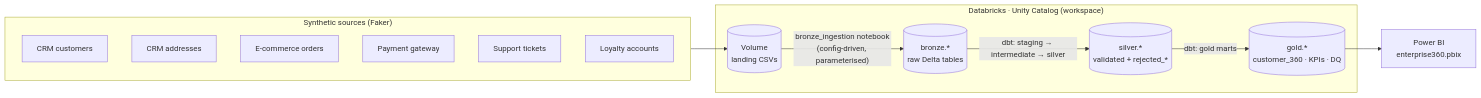
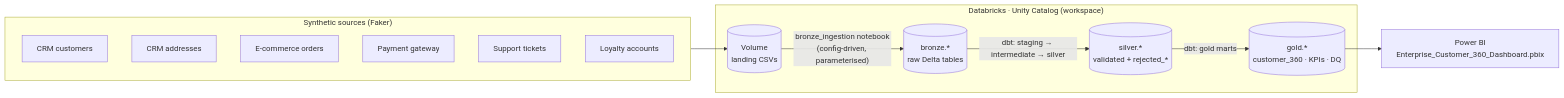
One commit to TeotiaAbhishek/enterprise-customer-360-lakehouse changed the first of 2 diagrams in README.md. Above: the diagram before and after it, drawn with Mermaid. The commit also changed other lines of this file, not shown here.

Commit message:
Remove old Power BI report; new version in progress

````diff
--- a/README.md
+++ b/README.md
@@ -13,24 +13,24 @@
 ```mermaid
 flowchart LR
     subgraph Sources["Synthetic sources (Faker)"]
         C[CRM customers]
         A[CRM addresses]
         O[E-commerce orders]
         P[Payment gateway]
         T[Support tickets]
         L[Loyalty accounts]
     end
 
     subgraph UC["Databricks · Unity Catalog (workspace)"]
         V[(Volume<br/>landing CSVs)]
         B[(bronze.*<br/>raw Delta tables)]
         S[(silver.*<br/>validated + rejected_*)]
         G[(gold.*<br/>customer_360 · KPIs · DQ)]
     end
 
     Sources --> V
     V -- "bronze_ingestion notebook<br/>(config-driven, parameterised)" --> B
     B -- "dbt: staging → intermediate → silver" --> S
     S -- "dbt: gold marts" --> G
-    G --> PBI[Power BI<br/>enterprise360.pbix]
+    G --> PBI[Power BI<br/>Enterprise_Customer_360_Dashboard.pbix]
 ```
````
